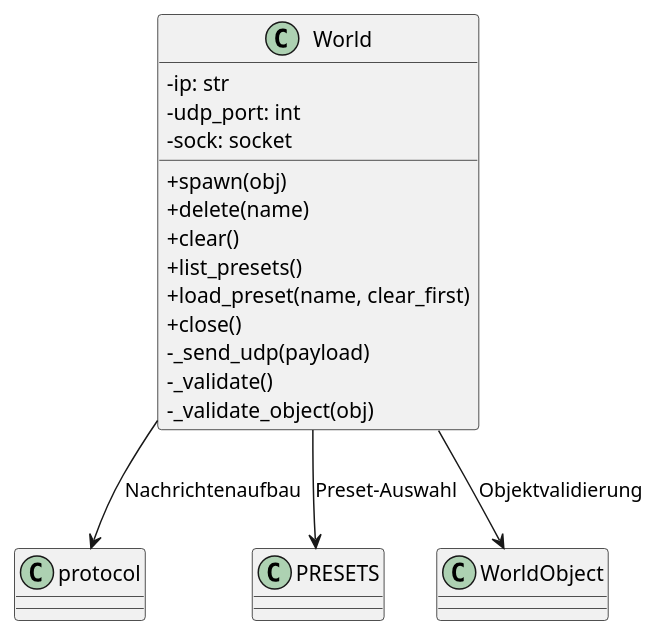
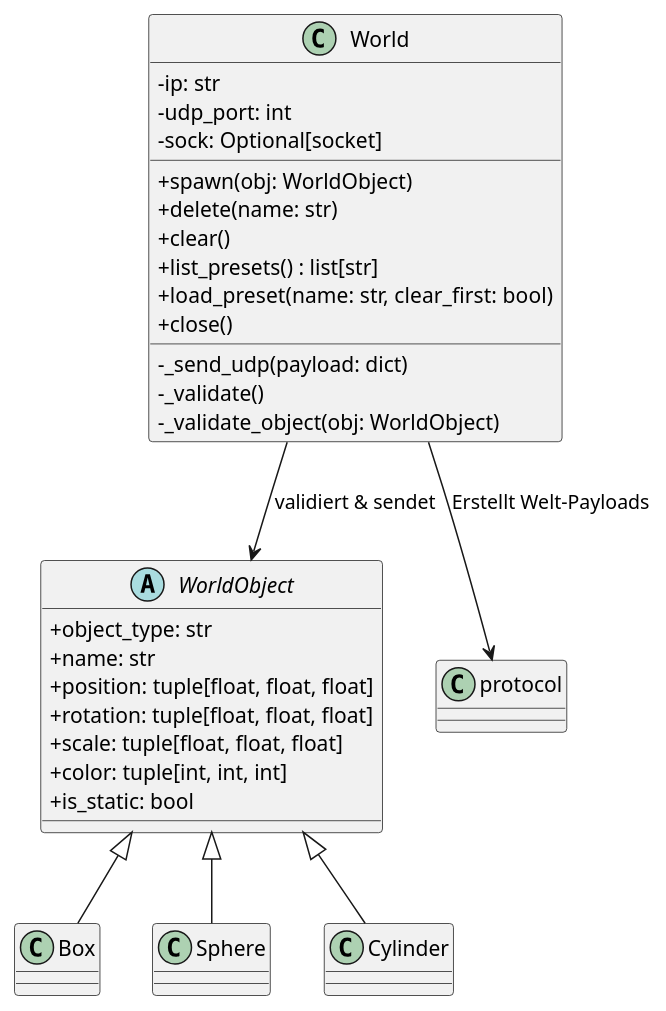
The fifth of 6 diagrams in docs/asciidoc/chapters/05_building_block_view.adoc (Stonehouse1703/DigitalTwin-for-MyPalletizer-260-M5-UnityVersion), drawn with PlantUML before and after one commit. The commit also changed other lines of this file and 12 other files, not shown here.

```diff
--- a/docs/asciidoc/chapters/05_building_block_view.adoc
+++ b/docs/asciidoc/chapters/05_building_block_view.adoc
@@ -322,30 +272,41 @@
 [plantuml, target="diagram-world-l3", format="png"]
 ----
 @startuml
 skinparam classAttributeIconSize 0
 
 class World {
-  - ip: str
-  - udp_port: int
-  - sock: socket
-  + spawn(obj)
-  + delete(name)
-  + clear()
-  + list_presets()
-  + load_preset(name, clear_first)
-  + close()
-  - _send_udp(payload)
-  - _validate()
-  - _validate_object(obj)
+    - ip: str
+    - udp_port: int
+    - sock: Optional[socket]
+    __
+    + spawn(obj: WorldObject)
+    + delete(name: str)
+    + clear()
+    + list_presets() : list[str]
+    + load_preset(name: str, clear_first: bool)
+    + close()
+    __
+    - _send_udp(payload: dict)
+    - _validate()
+    - _validate_object(obj: WorldObject)
 }
 
-class protocol
-class PRESETS
-class WorldObject
+abstract class WorldObject {
+    + object_type: str
+    + name: str
+    + position: tuple[float, float, float]
+    + rotation: tuple[float, float, float]
+    + scale: tuple[float, float, float]
+    + color: tuple[int, int, int]
+    + is_static: bool
+}
 
-World --> protocol : Nachrichtenaufbau
-World --> PRESETS : Preset-Auswahl
-World --> WorldObject : Objektvalidierung
+class Box extends WorldObject
+class Sphere extends WorldObject
+class Cylinder extends WorldObject
+
+World --> WorldObject : validiert & sendet
+World --> protocol : Erstellt Welt-Payloads
 
 @enduml
 ----
```
